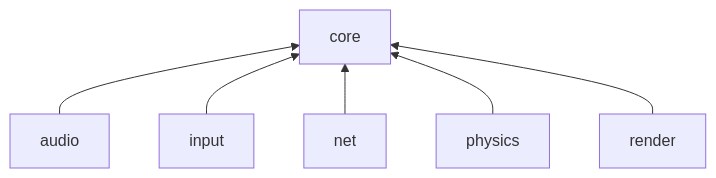
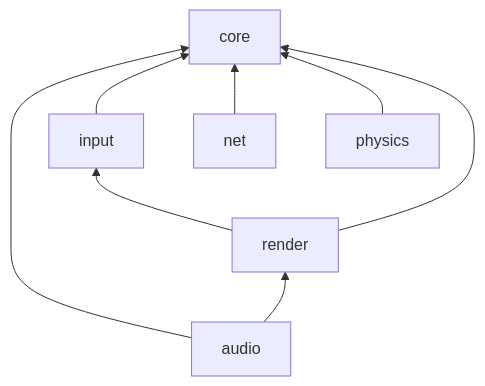
Before and after one commit to Boz0o0/Ampersand-Engine: the diagram in docs/mkdocs/architecture/index.md, drawn with Mermaid. The commit also changed other lines of this file and 18 other files, not shown here.

````diff
--- a/docs/mkdocs/architecture/index.md
+++ b/docs/mkdocs/architecture/index.md
@@ -15,8 +15,10 @@
 ```mermaid
 graph BT
     audio[audio] --> core[core]
     input[input] --> core
     net[net] --> core
     physics[physics] --> core
     render[render] --> core
+    audio --> render
+    render --> input
 ```
````
